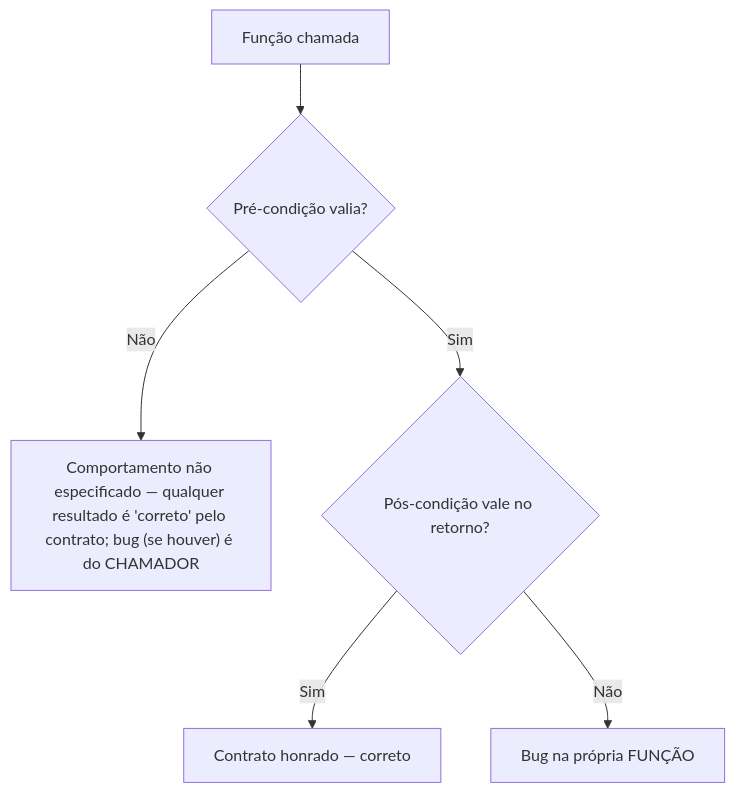
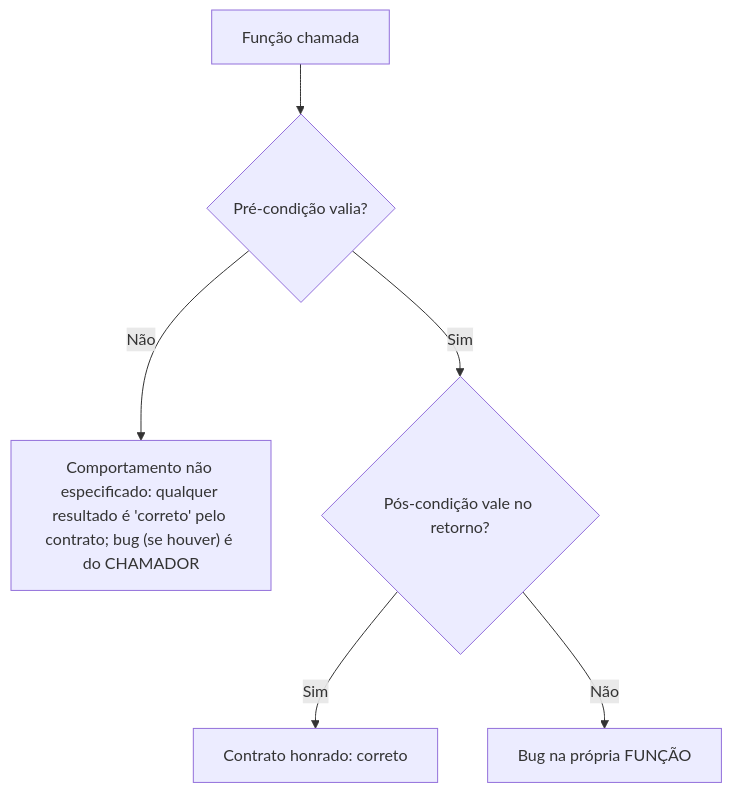
Before and after one commit to alexcastrodev/my-university: the diagram in backend/src/seed/data/curriculum/algorithms-software/software-construction/content/specifications-preconditions-and-postconditions/pt-BR.md, drawn with Mermaid. The commit also changed other lines of this file and 19 other files, not shown here.

````diff
--- a/backend/src/seed/data/curriculum/algorithms-software/software-construction/content/specifications-preconditions-and-postconditions/pt-BR.md
+++ b/backend/src/seed/data/curriculum/algorithms-software/software-construction/content/specifications-preconditions-and-postconditions/pt-BR.md
@@ -54,8 +54,8 @@
 ```mermaid
 graph TD
     A["Função chamada"] --> B{"Pré-condição valia?"}
-    B -- "Não" --> C["Comportamento não especificado — qualquer resultado é 'correto' pelo contrato; bug (se houver) é do CHAMADOR"]
+    B -- "Não" --> C["Comportamento não especificado: qualquer resultado é 'correto' pelo contrato; bug (se houver) é do CHAMADOR"]
     B -- "Sim" --> D{"Pós-condição vale no retorno?"}
-    D -- "Sim" --> E["Contrato honrado — correto"]
+    D -- "Sim" --> E["Contrato honrado: correto"]
     D -- "Não" --> F["Bug na própria FUNÇÃO"]
 ```
````
